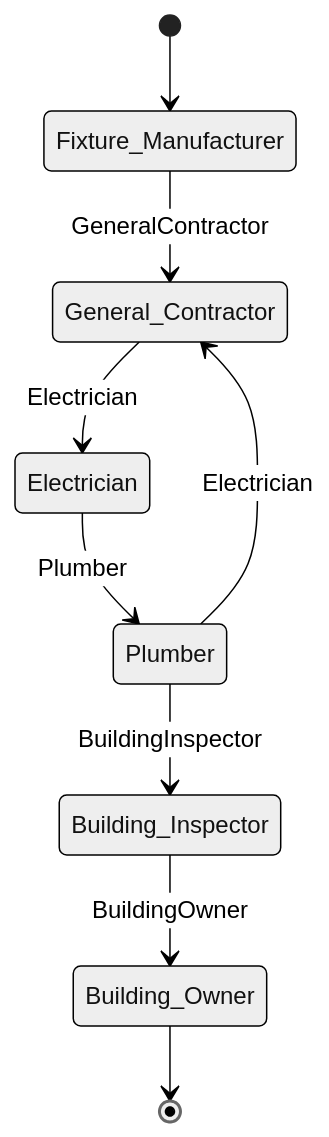
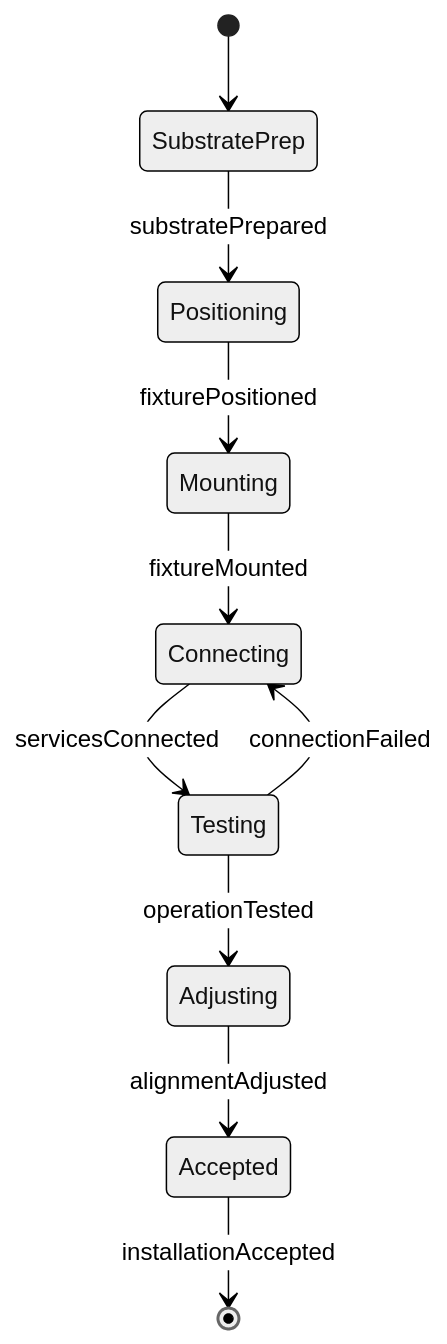
Before and after one commit to dot-org-ai/tasks.org.ai: the second of 4 diagrams in HandlingAndMovingObjects/BuildStructures/InstallBuildingFixtures.mdx, drawn with Mermaid (neutral theme). The commit also changed other lines of this file and 515 other files, not shown here.

````diff
--- a/HandlingAndMovingObjects/BuildStructures/InstallBuildingFixtures.mdx
+++ b/HandlingAndMovingObjects/BuildStructures/InstallBuildingFixtures.mdx
@@ -101,11 +99,12 @@
 ```mermaid
 stateDiagram-v2
-    [*] --> Fixture_Manufacturer
-    Fixture_Manufacturer --> General_Contractor: GeneralContractor
-    General_Contractor --> Electrician: Electrician
-    Electrician --> Plumber: Plumber
-    Plumber --> Building_Inspector: BuildingInspector
-    Building_Inspector --> Building_Owner: BuildingOwner
-    Plumber --> General_Contractor: Electrician
-    Building_Owner --> [*]
+    [*] --> SubstratePrep
+    SubstratePrep --> Positioning : substratePrepared
+    Positioning --> Mounting : fixturePositioned
+    Mounting --> Connecting : fixtureMounted
+    Connecting --> Testing : servicesConnected
+    Testing --> Adjusting : operationTested
+    Adjusting --> Accepted : alignmentAdjusted
+    Testing --> Connecting : connectionFailed
+    Accepted --> [*] : installationAccepted
 ```
````
